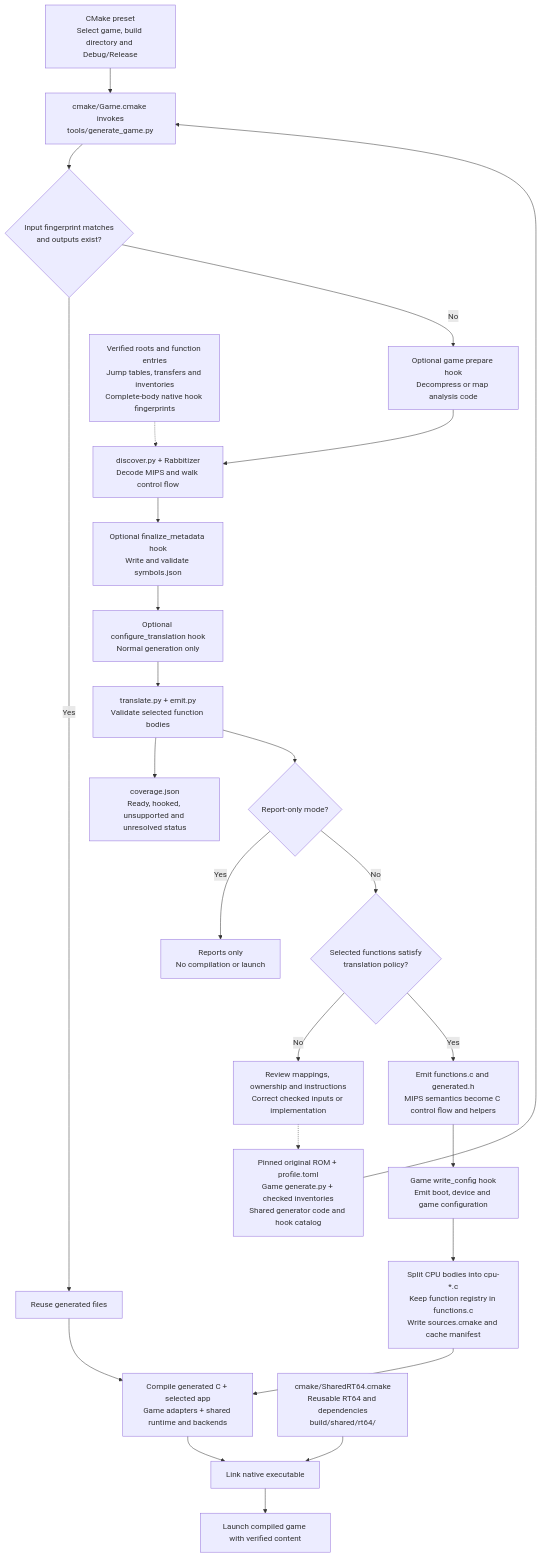
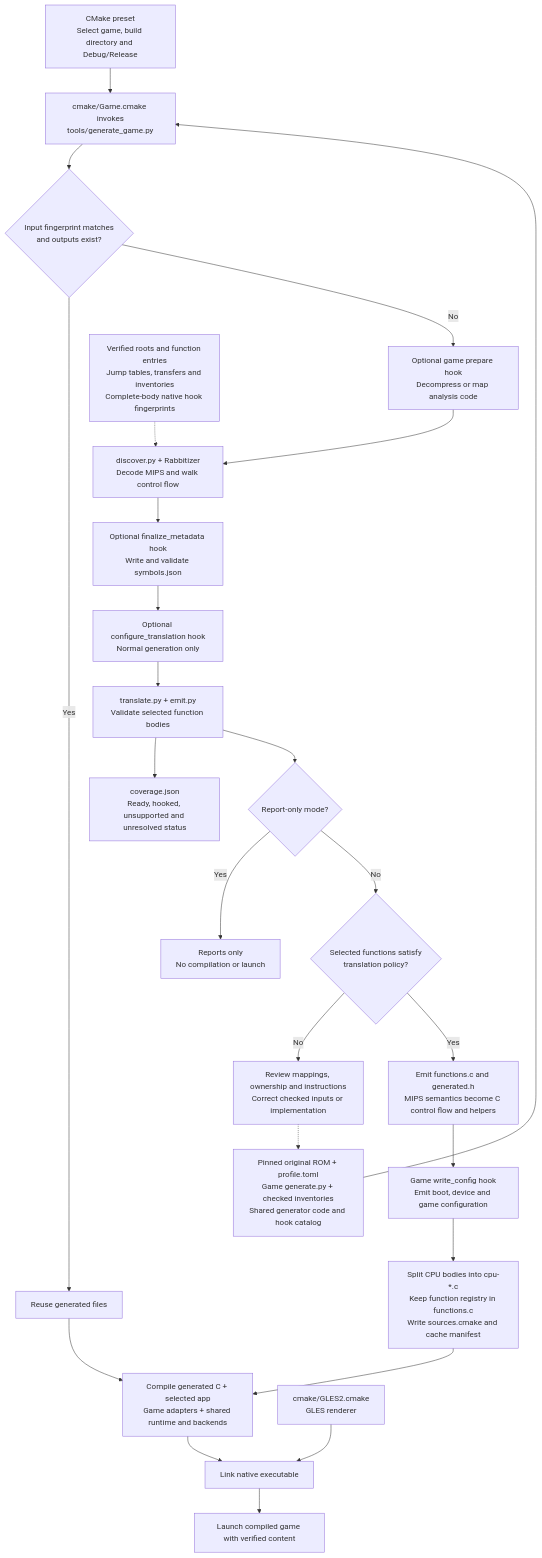
The second of 6 diagrams in docs/process-flow.md (polaco1782/v64recomp), drawn with Mermaid before and after one commit. The commit also changed other lines of this file and 186 other files, not shown here.

````diff
--- a/docs/process-flow.md
+++ b/docs/process-flow.md
@@ -57,27 +57,27 @@
 ```mermaid
 flowchart TD
     Configure["CMake preset<br/>Select game, build directory and Debug/Release"] --> Driver["cmake/Game.cmake invokes<br/>tools/generate_game.py"]
     Inputs["Pinned original ROM + profile.toml<br/>Game generate.py + checked inventories<br/>Shared generator code and hook catalog"] --> Driver
     Driver --> Cache{"Input fingerprint matches<br/>and outputs exist?"}
     Cache -->|Yes| Reuse["Reuse generated files"]
     Cache -->|No| Prepare["Optional game prepare hook<br/>Decompress or map analysis code"]
     Prepare --> Discover["discover.py + Rabbitizer<br/>Decode MIPS and walk control flow"]
     Checks["Verified roots and function entries<br/>Jump tables, transfers and inventories<br/>Complete-body native hook fingerprints"] -.-> Discover
     Discover --> Symbols["Optional finalize_metadata hook<br/>Write and validate symbols.json"]
     Symbols --> ConfigTranslate["Optional configure_translation hook<br/>Normal generation only"]
     ConfigTranslate --> Translate["translate.py + emit.py<br/>Validate selected function bodies"]
     Translate --> Coverage["coverage.json<br/>Ready, hooked, unsupported and unresolved status"]
     Translate --> Report{"Report-only mode?"}
     Report -->|Yes| ReportEnd["Reports only<br/>No compilation or launch"]
     Report -->|No| Valid{"Selected functions satisfy<br/>translation policy?"}
     Valid -->|No| Repair["Review mappings, ownership and instructions<br/>Correct checked inputs or implementation"]
     Repair -.-> Inputs
     Valid -->|Yes| Emit["Emit functions.c and generated.h<br/>MIPS semantics become C control flow and helpers"]
     Emit --> Config["Game write_config hook<br/>Emit boot, device and game configuration"]
     Config --> Split["Split CPU bodies into cpu-*.c<br/>Keep function registry in functions.c<br/>Write sources.cmake and cache manifest"]
     Split --> NativeBuild["Compile generated C + selected app<br/>Game adapters + shared runtime and backends"]
     Reuse --> NativeBuild
-    RT64["cmake/SharedRT64.cmake<br/>Reusable RT64 and dependencies<br/>build/shared/rt64/"] --> Link["Link native executable"]
+    GLES["cmake/GLES2.cmake<br/>GLES renderer"] --> Link["Link native executable"]
     NativeBuild --> Link
     Link --> Run["Launch compiled game with verified content"]
 ```
````
